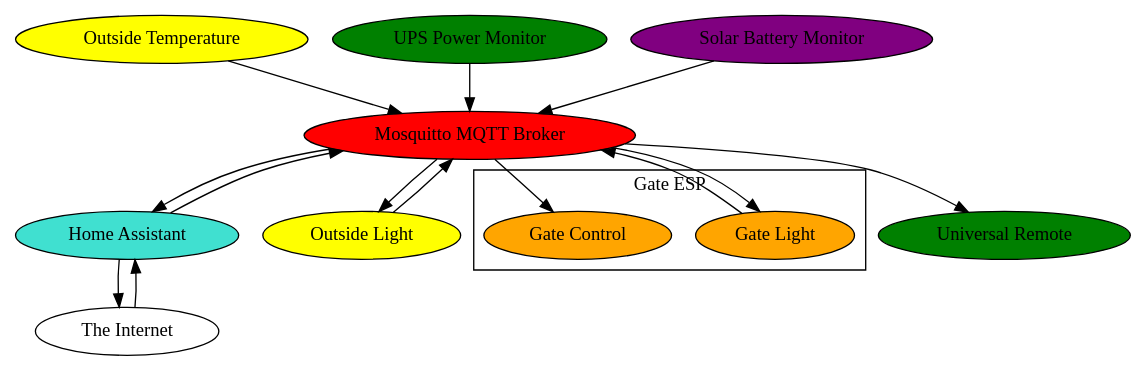
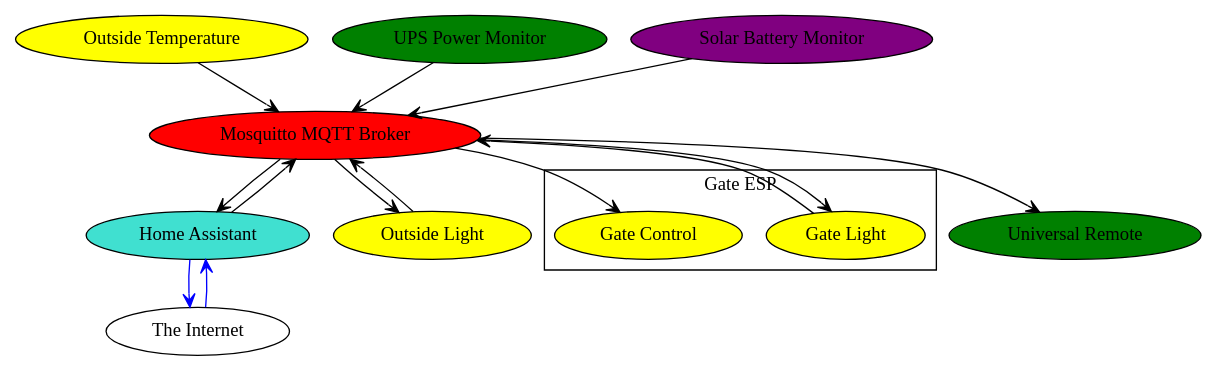
The diagram in Doc/kydhome_img/overview.dot (haemishkyd/KydHome), drawn with Graphviz before and after one commit. The commit also changed 2 other files, not shown here.

Commit message:
Update overview diagram

```diff
--- a/Doc/kydhome_img/overview.dot
+++ b/Doc/kydhome_img/overview.dot
@@ -1,29 +1,32 @@
 digraph G {
 "Mosquitto MQTT Broker" [style=filled, fillcolor=red];
 "Home Assistant" [style=filled, fillcolor=turquoise];
 "Outside Light" [style=filled, fillcolor=yellow];
 "Outside Temperature" [style=filled, fillcolor=yellow];
 subgraph cluster_Gate_ESP {
 label="Gate ESP";
-"Gate Light" [style=filled, fillcolor=orange];
-"Gate Control" [style=filled, fillcolor=orange];
+"Gate Light" [style=filled, fillcolor=yellow];
+"Gate Control" [style=filled, fillcolor=yellow];
 }
 
 "UPS Power Monitor" [style=filled, fillcolor=green];
 "Solar Battery Monitor" [style=filled, fillcolor=purple];
 "The Internet" [style=filled, fillcolor=white];
 "Universal Remote" [style=filled, fillcolor=green];
+edge [color=black, arrowhead=vee, weight=0];
 "Mosquitto MQTT Broker" -> "Home Assistant";
 "Home Assistant" -> "Mosquitto MQTT Broker";
 "Mosquitto MQTT Broker" -> "Outside Light";
 "Outside Light" -> "Mosquitto MQTT Broker";
 "Outside Temperature" -> "Mosquitto MQTT Broker";
 "UPS Power Monitor" -> "Mosquitto MQTT Broker";
 "Solar Battery Monitor" -> "Mosquitto MQTT Broker";
 "Mosquitto MQTT Broker" -> "Gate Light";
 "Gate Light" -> "Mosquitto MQTT Broker";
 "Mosquitto MQTT Broker" -> "Gate Control";
+edge [color=blue, arrowhead=vee, weight=0];
 "The Internet" -> "Home Assistant";
 "Home Assistant" -> "The Internet";
+edge [color=black, arrowhead=vee, weight=0];
 "Mosquitto MQTT Broker" -> "Universal Remote";
 }
```
